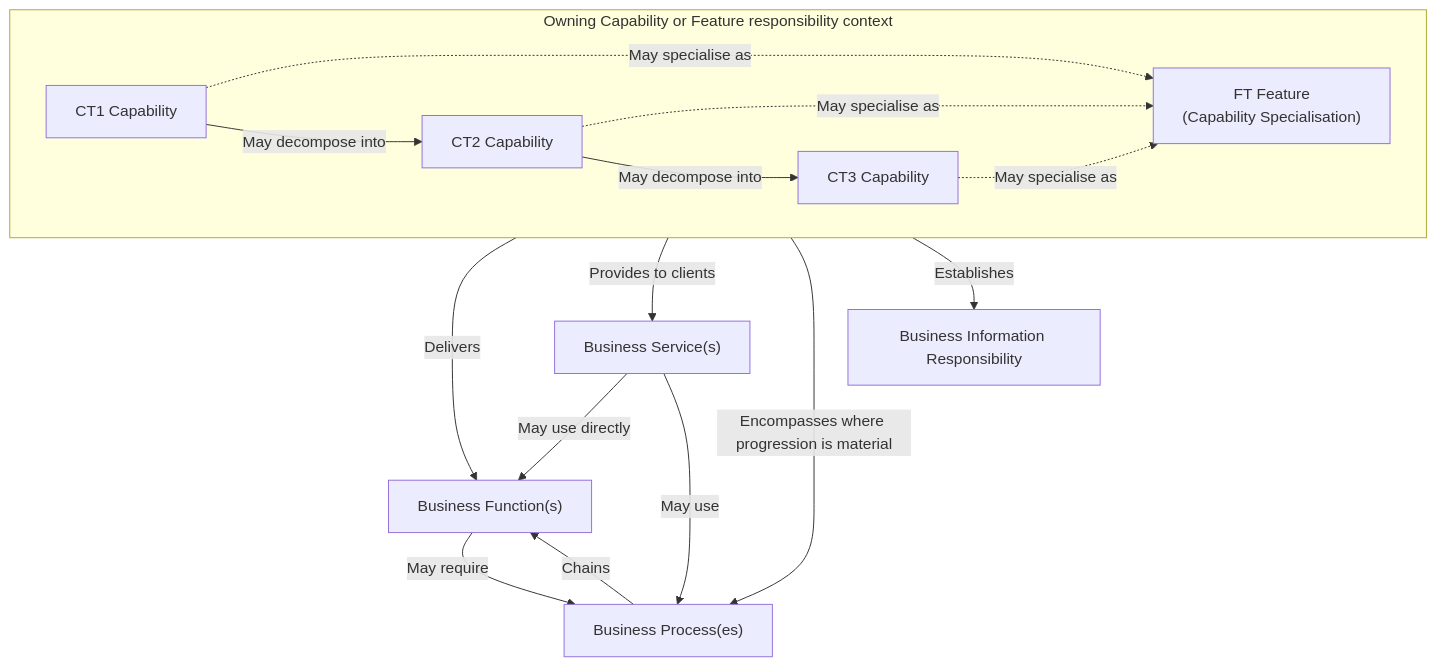
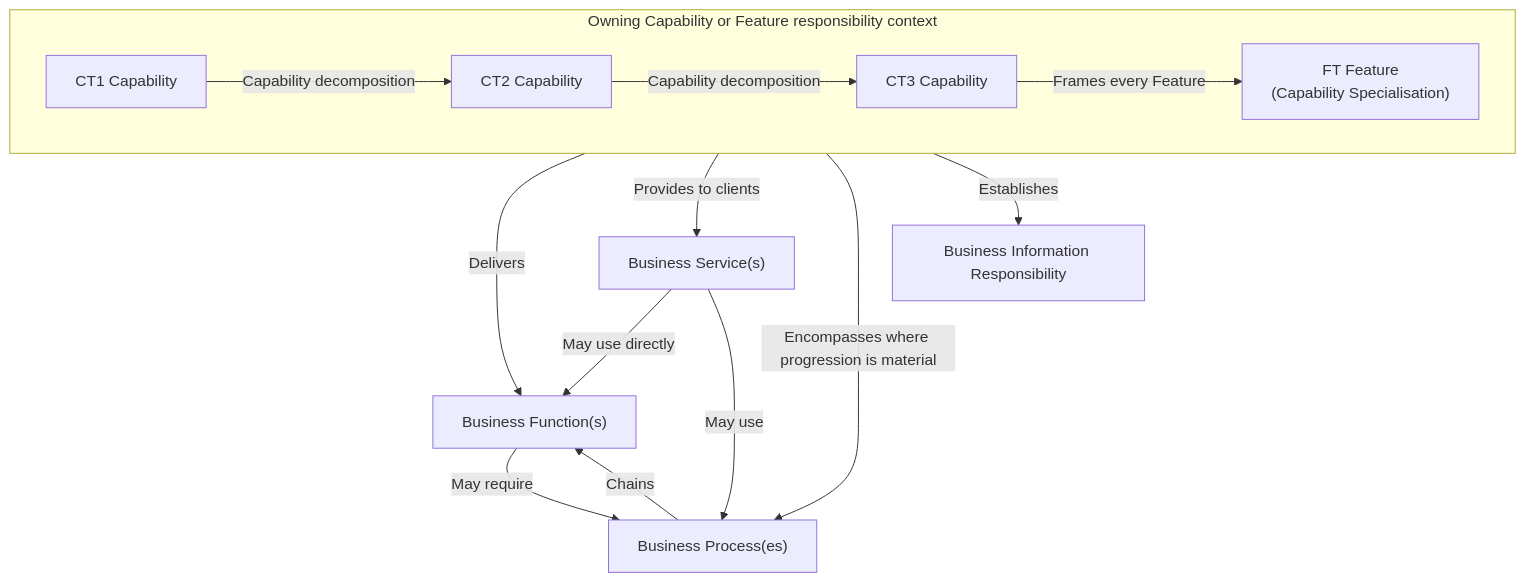
Before and after one commit to fhirfactory/harmonia: the diagram in docs/markdown/03-business-architecture/metamodel/business-architecture-metamodel.md, drawn with Mermaid. The commit also changed other lines of this file and 12 other files, not shown here.

````diff
--- a/docs/markdown/03-business-architecture/metamodel/business-architecture-metamodel.md
+++ b/docs/markdown/03-business-architecture/metamodel/business-architecture-metamodel.md
@@ -7,18 +7,16 @@
 ```mermaid
 graph TD
     subgraph OWNER["Owning Capability or Feature responsibility context"]
-        CT1["CT1 Capability"] -->|May decompose into| CT2["CT2 Capability"]
-        CT2 -->|May decompose into| CT3["CT3 Capability"]
-        CT1 -.->|May specialise as| FT["FT Feature<br/>(Capability Specialisation)"]
-        CT2 -.->|May specialise as| FT
-        CT3 -.->|May specialise as| FT
+        CT1["CT1 Capability"] -->|Capability decomposition| CT2["CT2 Capability"]
+        CT2 -->|Capability decomposition| CT3["CT3 Capability"]
+        CT3 -->|Frames every Feature| FT["FT Feature<br/>(Capability Specialisation)"]
     end
     OWNER -->|Delivers| FUNC["Business Function(s)"]
     OWNER -->|Provides to clients| SERV["Business Service(s)"]
     SERV -->|May use directly| FUNC
     SERV -->|May use| PROC
     FUNC -->|May require| PROC
     PROC -->|Chains| FUNC
     OWNER -->|Encompasses where progression is material| PROC["Business Process(es)"]
     OWNER -->|Establishes| INFO["Business Information Responsibility"]
 ```
````
